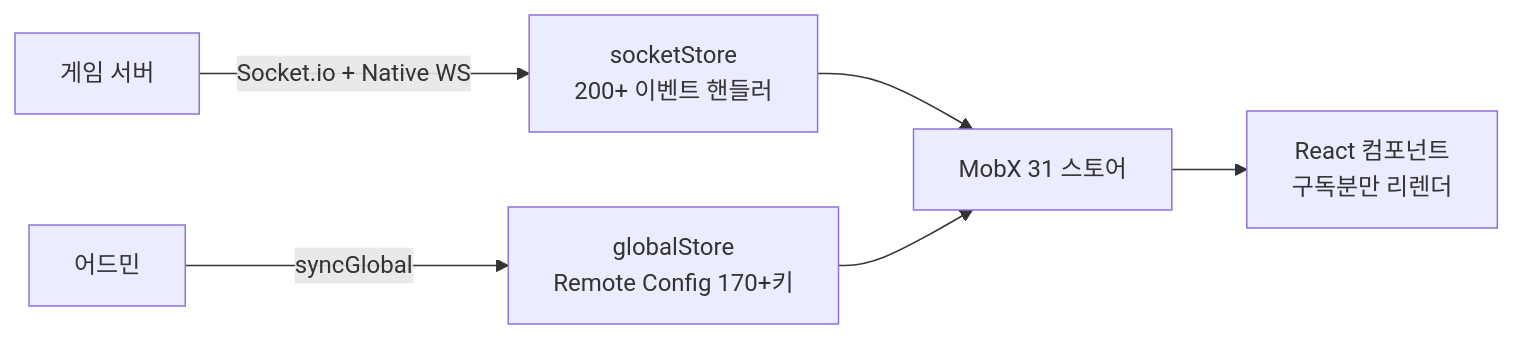
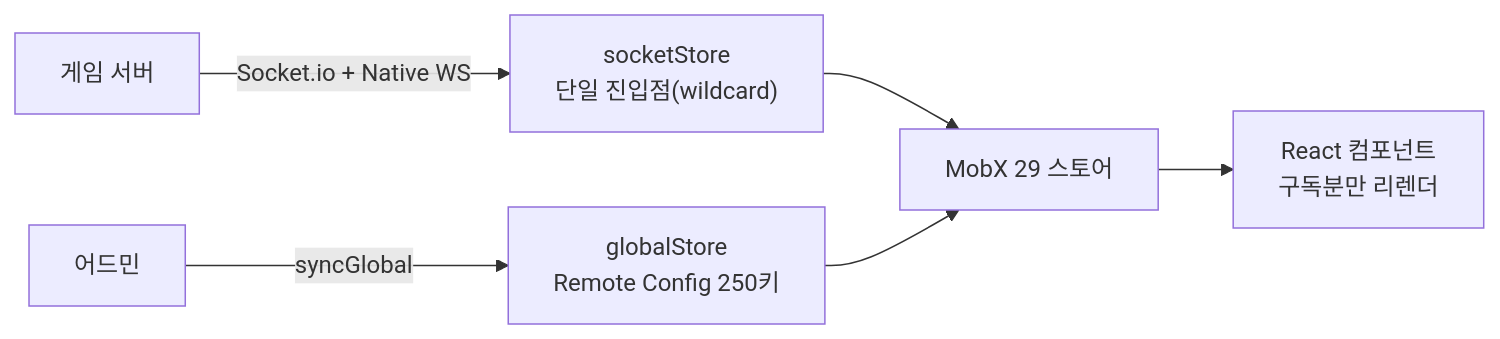
Before and after one commit to jiyean99/jiyean99: the tenth of 13 diagrams in docs/experience.md, drawn with Mermaid. The commit also changed other lines of this file and 4 other files, not shown here.

````diff
--- a/docs/experience.md
+++ b/docs/experience.md
@@ -347,8 +536,8 @@
 ```mermaid
 flowchart LR
-  SRV["게임 서버"] -->|"Socket.io + Native WS"| SOCK["socketStore<br/>200+ 이벤트 핸들러"]
-  ADMIN["어드민"] -->|"syncGlobal"| GLB["globalStore<br/>Remote Config 170+키"]
-  SOCK --> MOBX["MobX 31 스토어"]
+  SRV["게임 서버"] -->|"Socket.io + Native WS"| SOCK["socketStore<br/>단일 진입점(wildcard)"]
+  ADMIN["어드민"] -->|"syncGlobal"| GLB["globalStore<br/>Remote Config 250키"]
+  SOCK --> MOBX["MobX 29 스토어"]
   GLB --> MOBX
   MOBX --> UI["React 컴포넌트<br/>구독분만 리렌더"]
 ```
````
